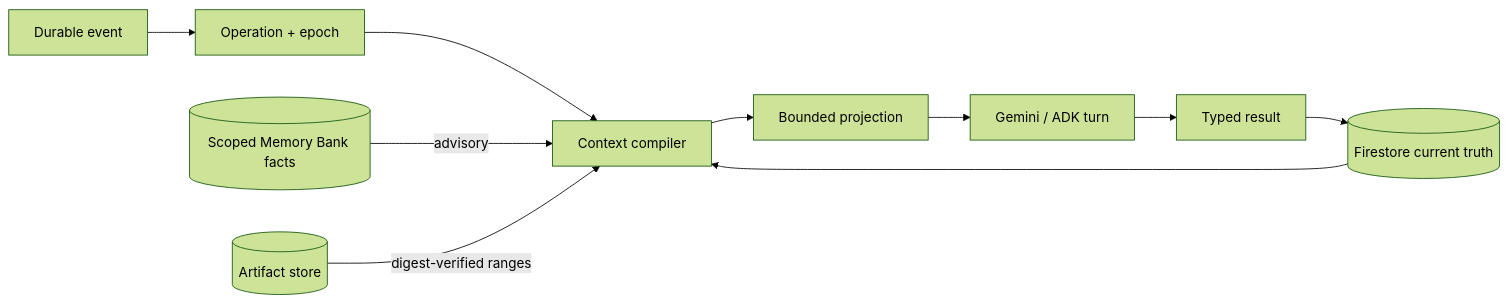
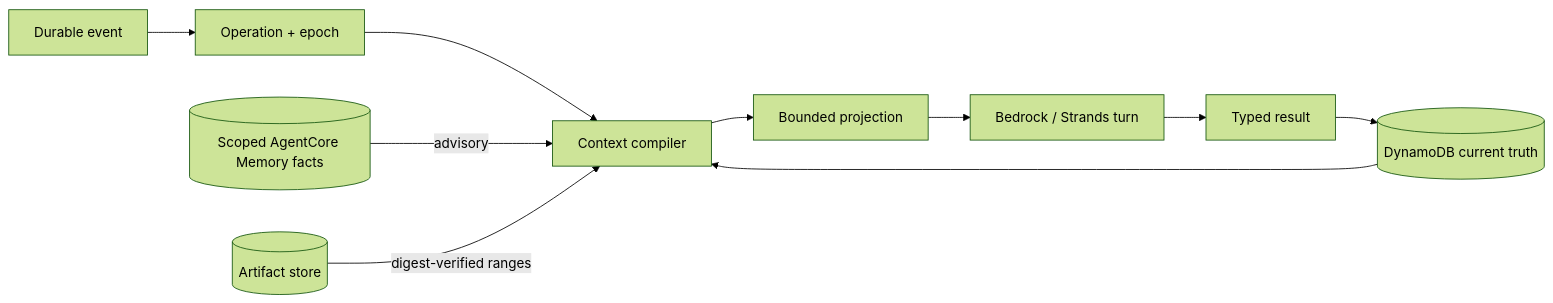
The diagram in docs/optimization/context-memory-continuity.mdx (danielAsaboro/harmonia-agents-for-humans), drawn with Mermaid (forest theme) before and after one commit. The commit also changed other lines of this file and 616 other files, not shown here.

````diff
--- a/docs/optimization/context-memory-continuity.mdx
+++ b/docs/optimization/context-memory-continuity.mdx
@@ -71,12 +71,12 @@
 ```mermaid
 flowchart LR
     E[Durable event] --> O[Operation + epoch]
     O --> C[Context compiler]
-    F[(Firestore current truth)] --> C
-    M[(Scoped Memory Bank facts)] -->|advisory| C
+    F[(DynamoDB current truth)] --> C
+    M[(Scoped AgentCore Memory facts)] -->|advisory| C
     A[(Artifact store)] -->|digest-verified ranges| C
     C --> P[Bounded projection]
-    P --> G[Gemini / ADK turn]
+    P --> G[Bedrock / Strands turn]
     G --> T[Typed result]
     T --> F
 ```
````
